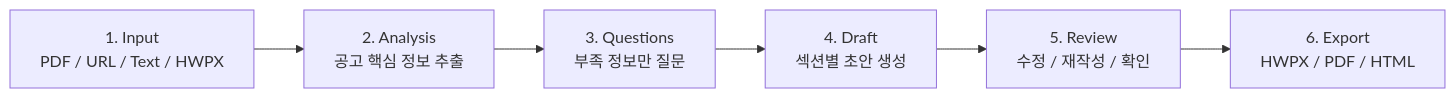
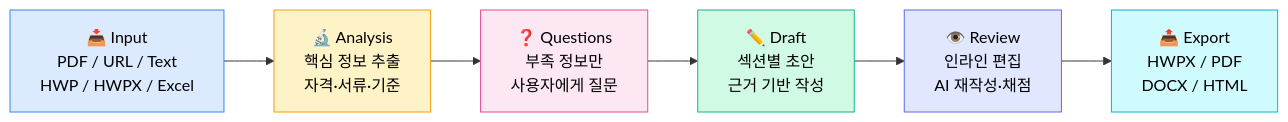
Before and after one commit to mingyugim090-debug/DockLive: the third of 6 diagrams in README.md, drawn with Mermaid. The commit also changed other lines of this file, not shown here.

Commit message:
docs: README 전면 개편 — AI Agent 아키텍처 강조, Ver2 기관 워크플로우 반영, 최신 기능 업데이트

````diff
--- a/README.md
+++ b/README.md
@@ -23,8 +286,18 @@
 ```mermaid
 flowchart LR
-  A["1. Input<br/>PDF / URL / Text / HWPX"] --> B["2. Analysis<br/>공고 핵심 정보 추출"]
-  B --> C["3. Questions<br/>부족 정보만 질문"]
-  C --> D["4. Draft<br/>섹션별 초안 생성"]
-  D --> E["5. Review<br/>수정 / 재작성 / 확인"]
-  E --> F["6. Export<br/>HWPX / PDF / HTML"]
+    A["📥 Input<br/>PDF / URL / Text<br/>HWP / HWPX / Excel"]
+    B["🔬 Analysis<br/>핵심 정보 추출<br/>자격·서류·기준"]
+    C["❓ Questions<br/>부족 정보만<br/>사용자에게 질문"]
+    D["✏️ Draft<br/>섹션별 초안<br/>근거 기반 작성"]
+    E["👁️ Review<br/>인라인 편집<br/>AI 재작성·채점"]
+    F["📤 Export<br/>HWPX / PDF<br/>DOCX / HTML"]
+
+    A --> B --> C --> D --> E --> F
+
+    style A fill:#dbeafe,stroke:#3b82f6,color:#000
+    style B fill:#fef3c7,stroke:#f59e0b,color:#000
+    style C fill:#fce7f3,stroke:#ec4899,color:#000
+    style D fill:#d1fae5,stroke:#10b981,color:#000
+    style E fill:#e0e7ff,stroke:#6366f1,color:#000
+    style F fill:#cffafe,stroke:#06b6d4,color:#000
 ```
````
